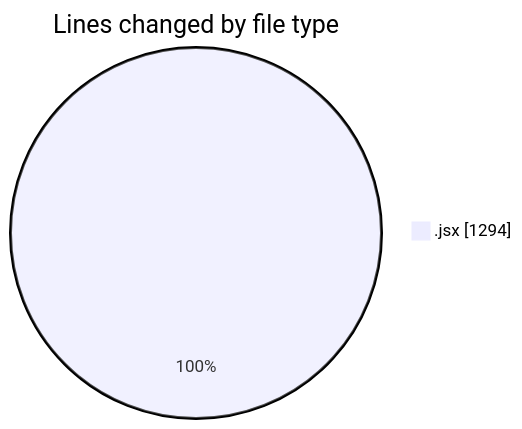
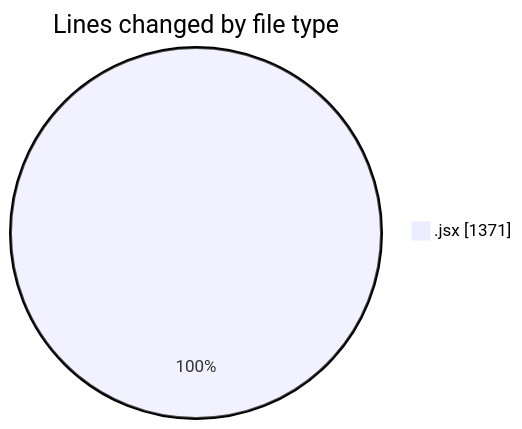
Before and after one commit to nxtqubesakshisongat/code-tracking: the first of 2 diagrams in 2025-05-10/argos-dev/README.md, drawn with Mermaid. The commit also changed other lines of this file and 1 other file, not shown here.

````diff
--- a/2025-05-10/argos-dev/README.md
+++ b/2025-05-10/argos-dev/README.md
@@ -21,5 +21,5 @@
 ```mermaid
 pie showData
 title Lines changed by file type
-".jsx" : 1294
+".jsx" : 1371
 ```
````
